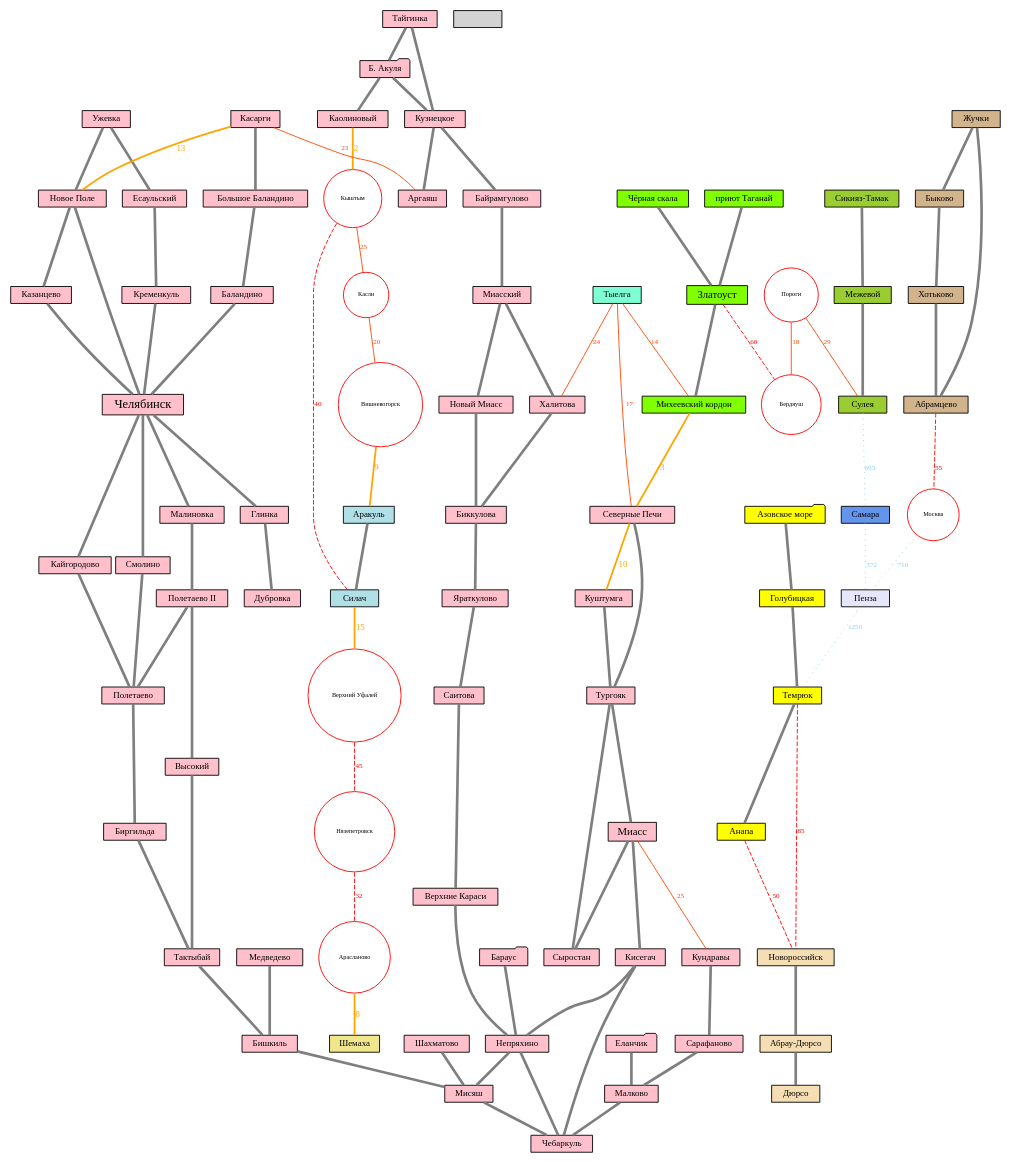
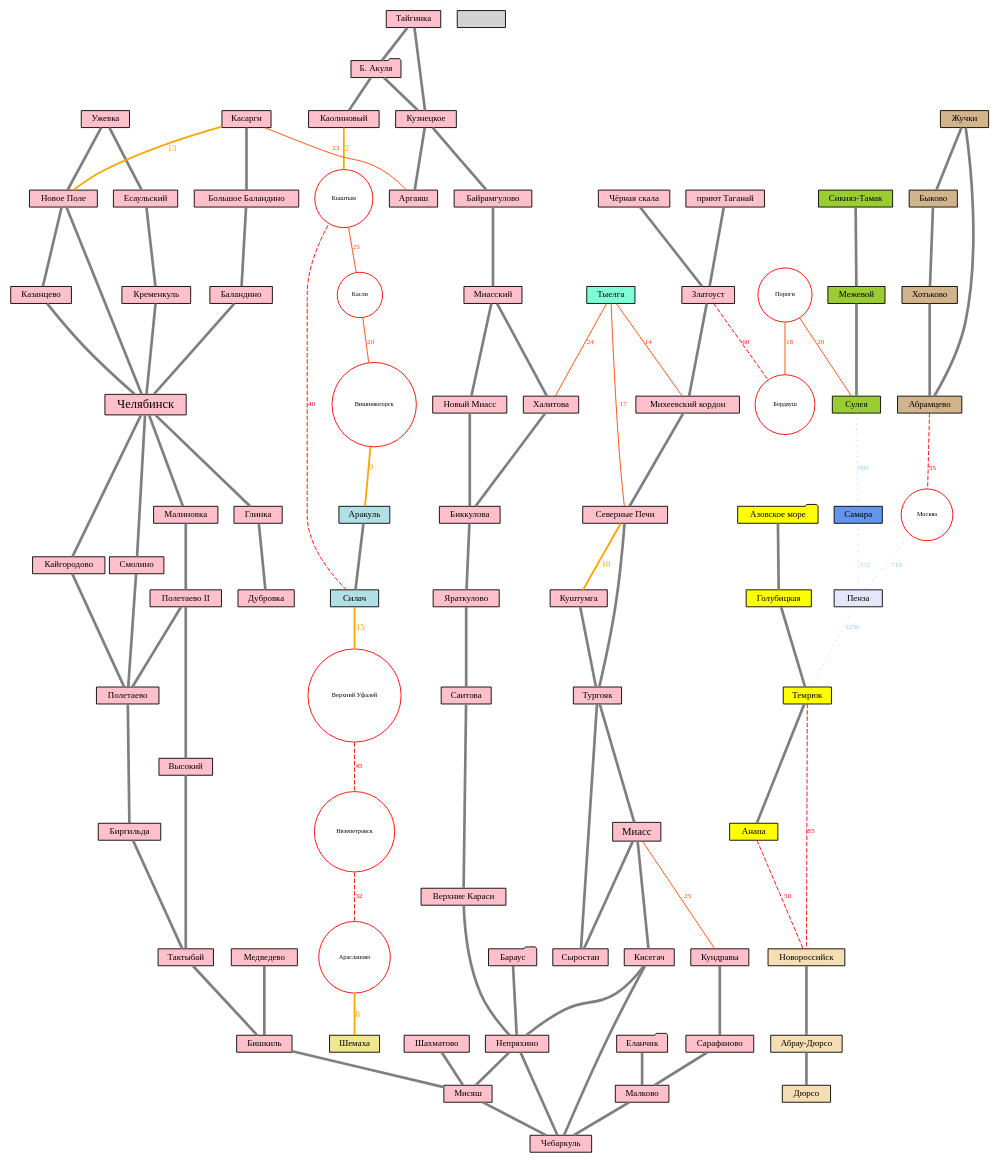
Before and after one commit to shoorick/bike-area: the diagram in bike-area.dot, drawn with Graphviz.

Commit message:
Златоустовская область связана с основной — лето 2022

```diff
--- a/bike-area.dot
+++ b/bike-area.dot
@@ -1,154 +1,146 @@
 graph G {
     node [ shape=box, fontsize=10, fontname="Droid Sans", style=filled, height=0.2 ]
     edge [ color=gray50, penwidth=3, fontname="Droid Sans" ]
     graph [ overlap=false ]
 
     subgraph main {
         node [ fillcolor=pink ]
         Челябинск [ fontsize=14 ]
 
         "Б. Акуля" [ shape=folder ]
         "Бараус"   [ shape=folder ]
         "Еланчик"  [ shape=folder ]
 
         Миасс [ fontsize=12 ]
         Челябинск -- Смолино -- Полетаево -- Биргильда -- Тактыбай -- Бишкиль -- Мисяш -- Чебаркуль
         Миасс -- Кисегач -- Чебаркуль
         Кисегач -- Непряхино -- Мисяш
         Шахматово -- Мисяш
         Медведево -- Бишкиль
         Челябинск -- Малиновка -- "Полетаево II" -- Высокий -- Тактыбай
         "Полетаево II" -- Полетаево
         "Б. Акуля" -- Кузнецкое -- Байрамгулово -- Миасский -- "Новый Миасс" -- Биккулова -- Яраткулово -- Саитова -- "Верхние Караси" -- Непряхино
         Кундравы -- Сарафаново -- Малково
         Бараус -- Непряхино -- Чебаркуль
         Миасский -- Халитова -- Биккулова
         Еланчик -- Малково -- Чебаркуль
         Тайгинка -- "Б. Акуля" -- Каолиновый
         Тайгинка -- Кузнецкое -- Аргаяш
         Челябинск -- Кайгородово -- Полетаево
         Ужевка -- Есаульский -- Кременкуль -- Челябинск
         Касарги -- "Большое Баландино" -- Баландино -- Челябинск
+        "Чёрная скала" -- Златоуст -- "Михеевский кордон" -- "Северные Печи"
+        "приют Таганай" -- Златоуст
         "Северные Печи" -- Тургояк -- Миасс -- Сыростан
         Куштумга -- Тургояк -- Сыростан
         Ужевка -- "Новое Поле" -- Казанцево -- Челябинск
         "Новое Поле" -- Челябинск
         Челябинск -- Глинка -- Дубровка
     }
 
     subgraph north {
         node [ fillcolor=powderblue ]
 
         Аракуль -- Силач
     }
 
     subgraph penza {
         node [ fillcolor=lavender ]
 
         Пенза
     }
 
     subgraph samara {
         node [ fillcolor=cornflowerblue ]
 
         Самара
     }
 
     subgraph shemakha {
         node [ fillcolor=khaki ]
 
         Шемаха
-    }
-
-    subgraph mount {
-        node [ fillcolor=chartreuse ]
-        Златоуст [ fontsize=12 ]
-
-        //"Чёрная скала" [ shape=hexagon, height=0.2 ]
-        "Чёрная скала" -- Златоуст -- "Михеевский кордон"
-        "приют Таганай" -- Златоуст
     }
 
     subgraph ai {
         node [ fillcolor=yellowgreen ]
 
         "Сикияз-Тамак" -- Межевой -- Сулея
     }
 
     subgraph south1 {
         node [ fillcolor=yellow ]
         "Азовское море" [ shape=folder ]
         "Азовское море" -- Голубицкая -- Темрюк -- Анапа
     }
 
     subgraph south2 {
         node [ fillcolor=wheat ]
 
         Новороссийск -- "Абрау-Дюрсо" -- Дюрсо
     }
 
     subgraph tyelga {
         node [ fillcolor=aquamarine ]
 
         Тыелга
     }
 
     subgraph zhuchki {
         node [ fillcolor=tan ]
 
         Жучки -- Абрамцево
         Жучки -- Быково -- Хотьково -- Абрамцево
     }
 
     subgraph failed_cities {
         node [ shape="circle",fillcolor="white",color="red",fontsize=7, height=0.1 ]
         Кыштым Касли Пороги Бердяуш Вишневогорск
         Арасланово Нязепетровск "Верхний Уфалей"
         Москва
     }
 
     subgraph failed {
 
         // Ближние — можно пройти за час
         edge [ color=orange, fontcolor=orange, fontsize=10, penwidth=2 ]
         Каолиновый -- Кыштым [ label=2 ]
-        "Михеевский кордон" -- "Северные Печи" [ label=3 ]
         Вишневогорск -- Аракуль  [ label=9 ]
         "Северные Печи" -- Куштумга [ label=10 ]
         Касарги -- "Новое Поле" [ label=13 ]
         Силач -- "Верхний Уфалей" [ label=15 ]
         Арасланово -- Шемаха [ label=8 ]
 
         // Ближние
         edge [ color=orangered, fontcolor=orangered, fontsize=8, penwidth=1 ]
         Пороги -- Бердяуш [ label=18 ]
         Миасс -- Кундравы [ label=25 ]
         Касарги -- Аргаяш [ label=23 ]
         Пороги -- Сулея  [ label=29 ]
         Кыштым -- Касли  [ label=25 ]
         Касли -- Вишневогорск [ label=20]
         Тыелга -- "Михеевский кордон" [ label=14 ]
         Тыелга -- "Северные Печи" [ label=17 ]
         Тыелга -- Халитова [ label=24 ]
 
         // Средние — можно пройти за день
         edge [ color=red, fontcolor=red, style="dashed" ]
         Силач -- Кыштым  [ label=40 ]
         Анапа -- Новороссийск [ label=50 ]
         Златоуст -- Бердяуш [ label=60 ]
         Нязепетровск -- Арасланово [ label=32 ]
         "Верхний Уфалей" -- Нязепетровск [ label=45 ]
         Абрамцево -- Москва [ label=55 ]
         Темрюк -- Новороссийск [ label=85 ]
 
         // Дальние
         edge [ color=plum, fontcolor=plum, style="dotted" ]
 
         // Совсем дальние — нереально проехать
         edge [ color=skyblue, fontcolor=skyblue ]
         Самара -- Пенза [ label=372 ]
         Москва -- Пенза [ label=710 ]
         Сулея -- Самара [ label=695 ]
         Пенза -- Темрюк [ label=1250 ]
     }
 }
```
